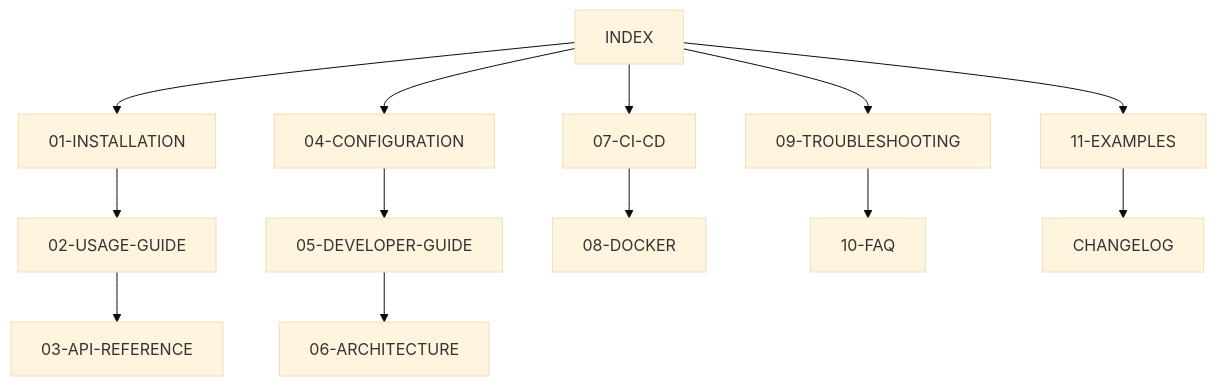
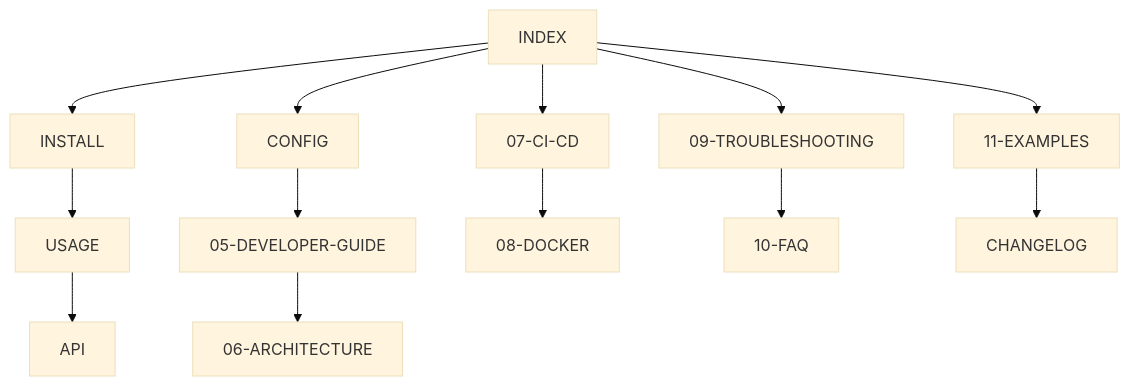
Before and after one commit to digitaltwin-run/tauridock: the diagram in docs/INDEX.md, drawn with Mermaid (base theme). The commit also changed other lines of this file and 8 other files, not shown here.

````diff
--- a/docs/INDEX.md
+++ b/docs/INDEX.md
@@ -159,19 +159,19 @@
 ```mermaid
 graph TD
-    A[INDEX] --> B[01-INSTALLATION]
-    B --> C[02-USAGE-GUIDE]
-    C --> D[03-API-REFERENCE]
+    A[INDEX] --> B[INSTALL]
+    B --> C[USAGE]
+    C --> D[API]
     
-    A --> E[04-CONFIGURATION]
+    A --> E[CONFIG]
     E --> F[05-DEVELOPER-GUIDE]
     F --> G[06-ARCHITECTURE]
     
     A --> H[07-CI-CD]
     H --> I[08-DOCKER]
     
     A --> J[09-TROUBLESHOOTING]
     J --> K[10-FAQ]
     
     A --> L[11-EXAMPLES]
     L --> M[CHANGELOG]
 ```
````
